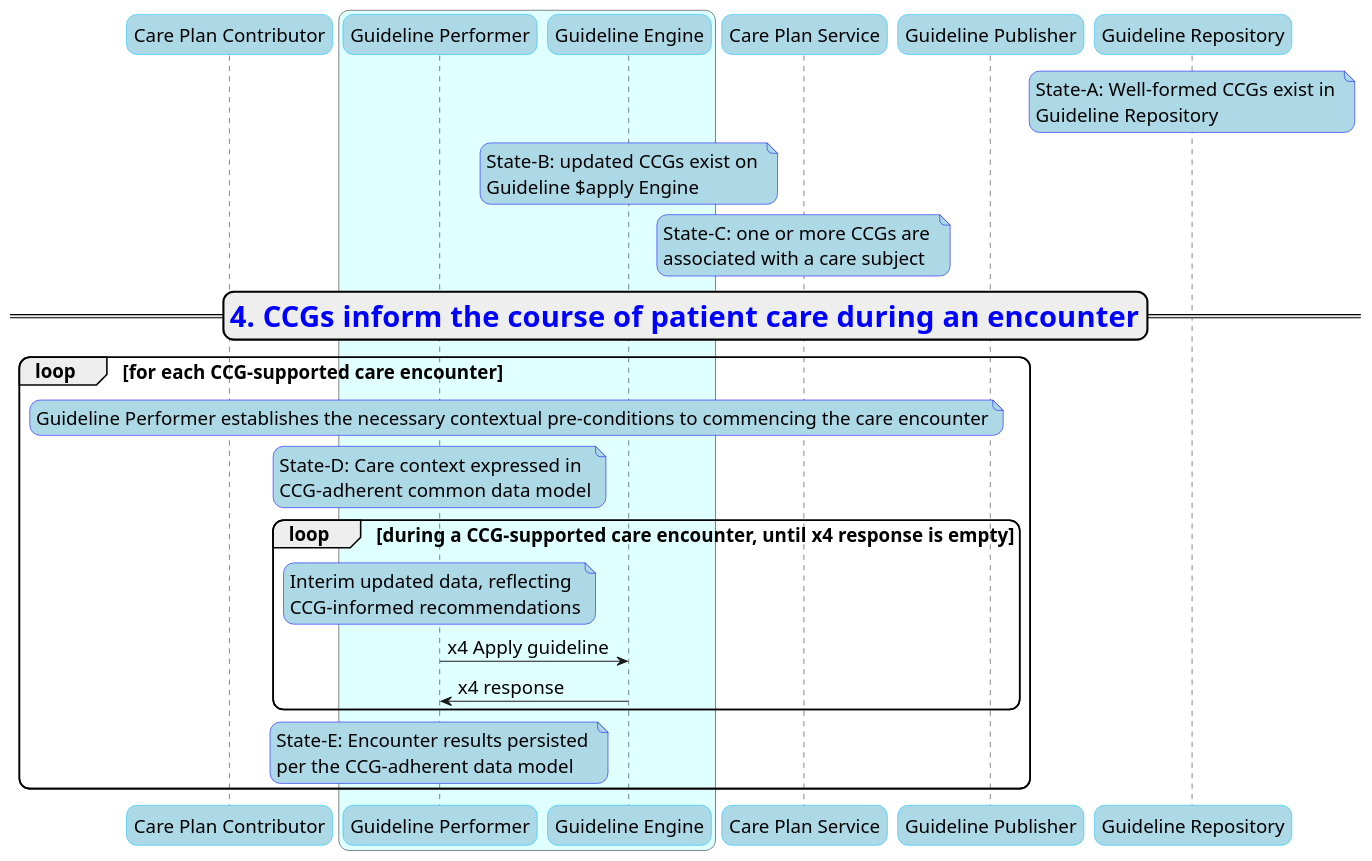
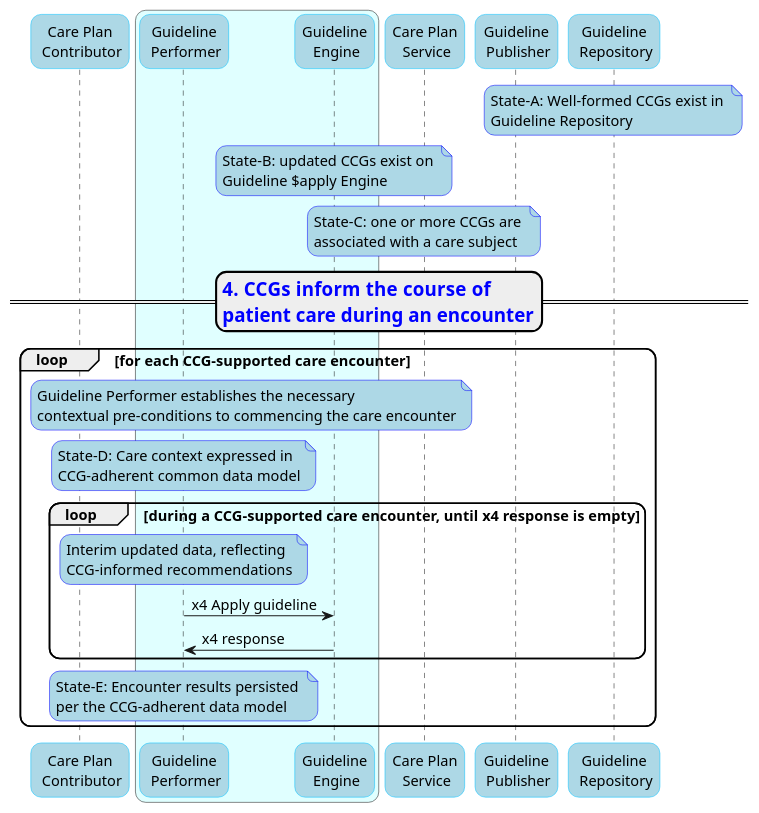
Before and after one commit to IHE/QRPH.CCG: the diagram in input/images-source/image8.plantuml, drawn with PlantUML. The commit also changed 1 other file, not shown here.

```diff
--- a/input/images-source/image8.plantuml
+++ b/input/images-source/image8.plantuml
@@ -1,42 +1,42 @@
 @startuml
-skinparam defaultFontSize        18
+skinparam defaultFontSize        14
 skinparam roundcorner            20
 skinparam Note {
 BackgroundColor LightBlue
 BorderColor Blue
 }
 skinparam Participant {
 FontName Arial
 Style awesome
 BorderColor DeepSkyBlue
 BackgroundColor LightBlue
 }
 
 
-participant "Care Plan Contributor" as cpc
+participant "Care Plan\n Contributor" as cpc
 box #lightCyan
-participant "Guideline Performer" as gf
-participant "Guideline Engine" as ge
+participant "Guideline\n Performer" as gf
+participant "Guideline\n Engine" as ge
 endbox
-participant "Care Plan Service" as cps
-participant "Guideline Publisher" as gp
-participant "Guideline Repository" as gr
+participant "Care Plan\n Service" as cps
+participant "Guideline\n Publisher" as gp
+participant "Guideline\n Repository" as gr
 
 note over gr: State-A: Well-formed CCGs exist in \nGuideline Repository
 note over ge: State-B: updated CCGs exist on \nGuideline $apply Engine
 note over cps: State-C: one or more CCGs are \nassociated with a care subject
-==<size 28><color #blue>4.  CCGs inform the course of patient care during an encounter==
+==<size 18><color #blue>4.  CCGs inform the course of \n<size 18><color #blue>patient care during an encounter==
 
 
 loop for each CCG-supported care encounter
- note over cpc,cps: Guideline Performer establishes the necessary contextual pre-conditions to commencing the care encounter
+ note over cpc,cps: Guideline Performer establishes the necessary\ncontextual pre-conditions to commencing the care encounter
  note over gf: State-D: Care context expressed in \nCCG-adherent common data model 
  loop during a CCG-supported care encounter, until x4 response is empty
   note over gf: Interim updated data, reflecting \nCCG-informed recommendations
 
   gf -> ge: x4 Apply guideline
   ge -> gf: x4 response
  end loop 
  note over gf: State-E: Encounter results persisted \nper the CCG-adherent data model
 end loop
 @enduml
```
